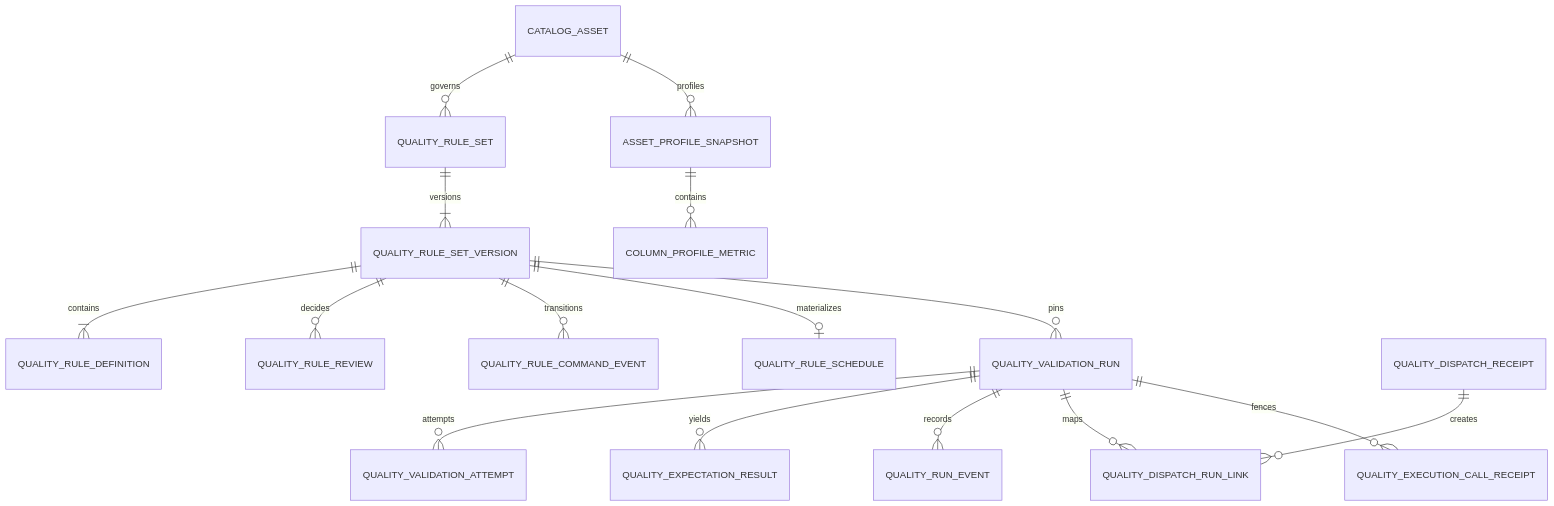
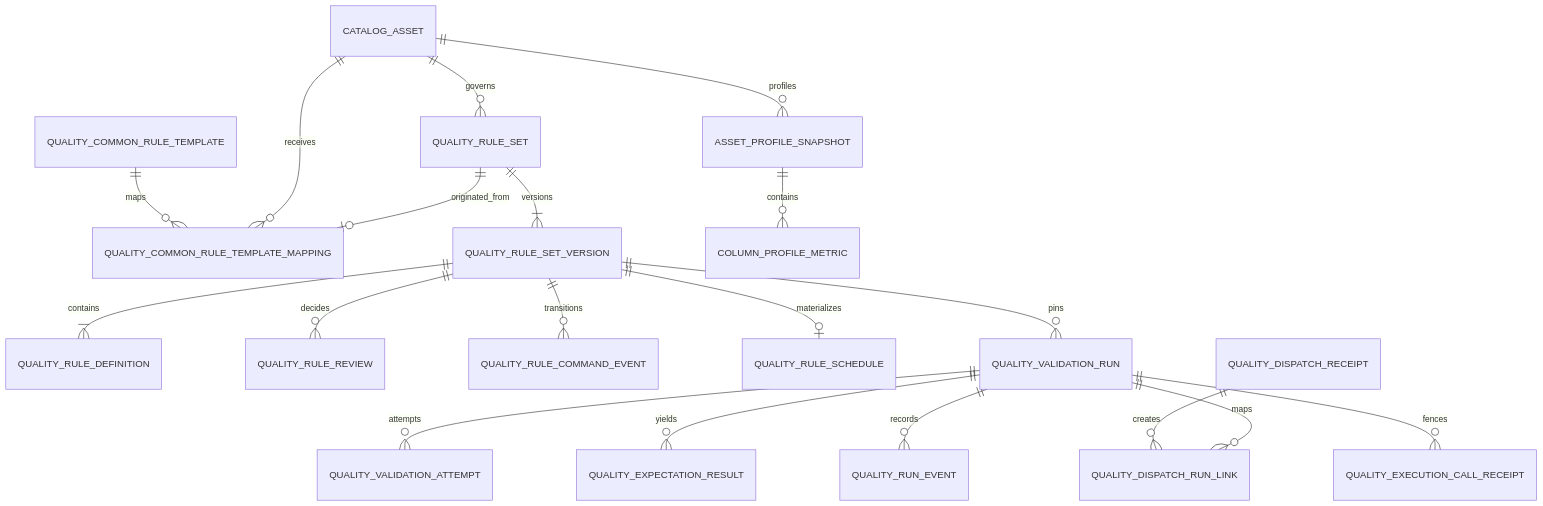
Before and after one commit to Ever-Real/datariver_poc_v0: the second of 2 diagrams in docs/06_DATA_MODEL.md, drawn with Mermaid. The commit also changed other lines of this file and 58 other files, not shown here.

Commit message:
refactor quality workspace around assets and common rules

````diff
--- a/docs/06_DATA_MODEL.md
+++ b/docs/06_DATA_MODEL.md
@@ -480,18 +480,21 @@
 ```mermaid
 erDiagram
     CATALOG_ASSET ||--o{ QUALITY_RULE_SET : governs
+    QUALITY_COMMON_RULE_TEMPLATE ||--o{ QUALITY_COMMON_RULE_TEMPLATE_MAPPING : maps
+    CATALOG_ASSET ||--o{ QUALITY_COMMON_RULE_TEMPLATE_MAPPING : receives
+    QUALITY_RULE_SET ||--o| QUALITY_COMMON_RULE_TEMPLATE_MAPPING : originated_from
     QUALITY_RULE_SET ||--|{ QUALITY_RULE_SET_VERSION : versions
     QUALITY_RULE_SET_VERSION ||--|{ QUALITY_RULE_DEFINITION : contains
     QUALITY_RULE_SET_VERSION ||--o{ QUALITY_RULE_REVIEW : decides
     QUALITY_RULE_SET_VERSION ||--o{ QUALITY_RULE_COMMAND_EVENT : transitions
     QUALITY_RULE_SET_VERSION ||--o| QUALITY_RULE_SCHEDULE : materializes
     QUALITY_RULE_SET_VERSION ||--o{ QUALITY_VALIDATION_RUN : pins
     QUALITY_VALIDATION_RUN ||--o{ QUALITY_VALIDATION_ATTEMPT : attempts
     QUALITY_VALIDATION_RUN ||--o{ QUALITY_EXPECTATION_RESULT : yields
     QUALITY_VALIDATION_RUN ||--o{ QUALITY_RUN_EVENT : records
     QUALITY_DISPATCH_RECEIPT ||--o{ QUALITY_DISPATCH_RUN_LINK : creates
     QUALITY_VALIDATION_RUN ||--o{ QUALITY_DISPATCH_RUN_LINK : maps
     QUALITY_VALIDATION_RUN ||--o{ QUALITY_EXECUTION_CALL_RECEIPT : fences
     CATALOG_ASSET ||--o{ ASSET_PROFILE_SNAPSHOT : profiles
     ASSET_PROFILE_SNAPSHOT ||--o{ COLUMN_PROFILE_METRIC : contains
 ```
````
